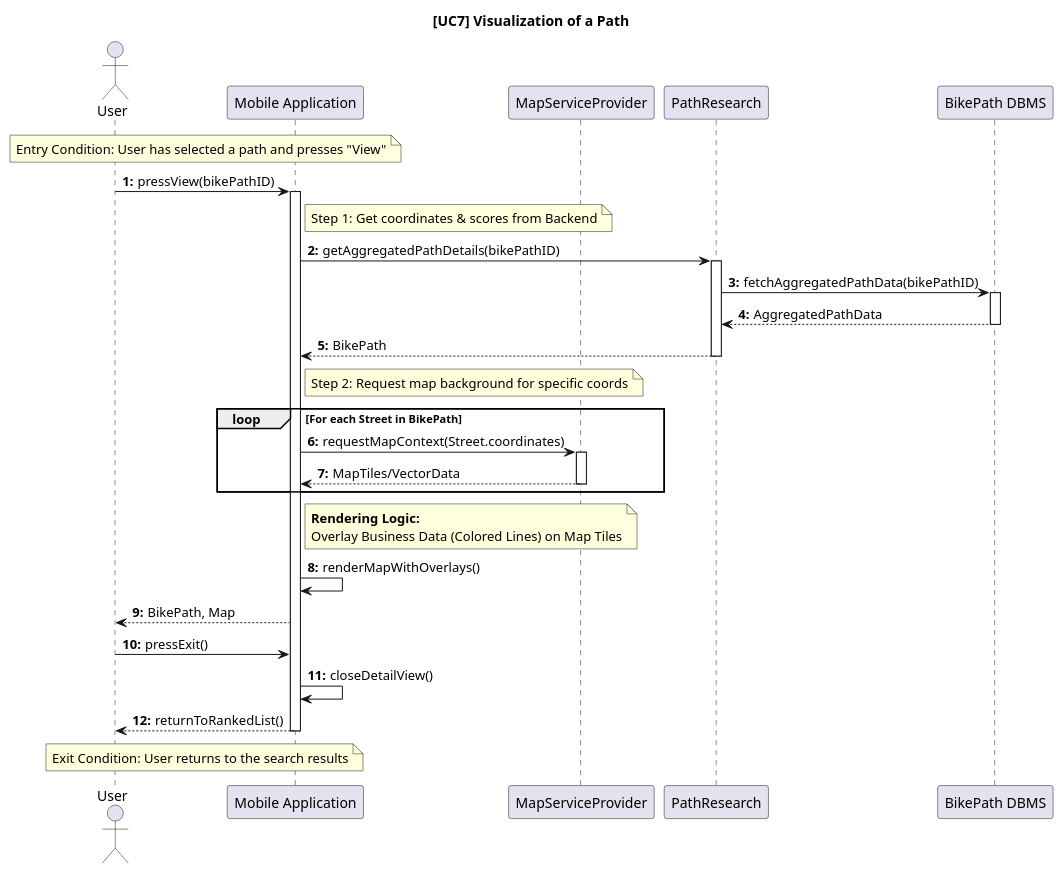
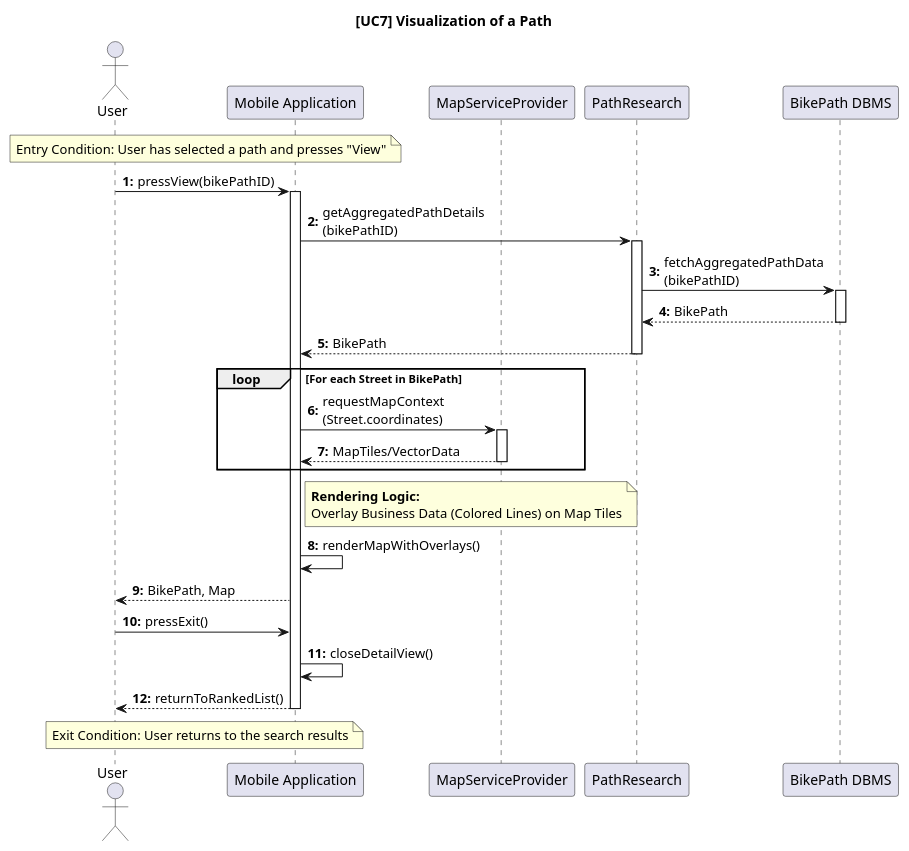
Before and after one commit to ilevinci/RubinoUvinsiVinciguerra: the diagram in DD/sequencediagrams/usecase7.puml, drawn with PlantUML. The commit also changed 5 other files, not shown here.

Commit message:
further refinement of sequence diagrams

```diff
--- a/DD/sequencediagrams/usecase7.puml
+++ b/DD/sequencediagrams/usecase7.puml
@@ -1,74 +1,72 @@
 @startuml UC7_VisualizationPath_Final
 autonumber "<b>0:"
 title [UC7] Visualization of a Path
 
 ' =======================================================
 ' COMPONENT DEFINITION
 ' =======================================================
 actor "User" as User
 participant "Mobile Application" as Client
 
 ' Servizio Esterno (Indispensabile per il rendering grafico)
 participant "MapServiceProvider" as Map
 
 ' Backend System
 participant "PathResearch" as PR
 participant "BikePath DBMS" as DB
 
 ' =======================================================
 ' ENTRY CONDITION
 ' =======================================================
 note over User, Client: Entry Condition: User has selected a path and presses "View"
 
 ' =======================================================
 ' (a) FETCH DATA & MAP CONTEXT
 ' =======================================================
 User -> Client: pressView(bikePathID)
 activate Client
 
 ' 1. Recupero Dati del Percorso (Logica di Business)
-note right of Client: Step 1: Get coordinates & scores from Backend
-Client -> PR: getAggregatedPathDetails(bikePathID)
+Client -> PR: getAggregatedPathDetails\n(bikePathID)
 activate PR
 
 ' Query al DBMS
-PR -> DB: fetchAggregatedPathData(bikePathID)
+PR -> DB: fetchAggregatedPathData\n(bikePathID)
 activate DB
-DB --> PR: AggregatedPathData
+DB --> PR: BikePath
 deactivate DB
 
 ' Ritorno dati al Client
 PR --> Client: BikePath
 deactivate PR
 
 ' 2. Recupero Mappa dal Service Provider
-note right of Client: Step 2: Request map background for specific coords
 loop For each Street in BikePath
 
-    Client -> Map: requestMapContext(Street.coordinates)
+    Client -> Map: requestMapContext\n(Street.coordinates)
     activate Map
     Map --> Client: MapTiles/VectorData
     deactivate Map
 end
 
 ' =======================================================
 ' RENDERING LATO CLIENT
 ' =======================================================
 note right of Client: **Rendering Logic:**\nOverlay Business Data (Colored Lines) on Map Tiles
 
 
 Client -> Client: renderMapWithOverlays()
 Client --> User: BikePath, Map
 
 ' =======================================================
 ' EXIT CONDITION
 ' =======================================================
 User -> Client: pressExit()
 
 Client -> Client: closeDetailView()
 Client --> User: returnToRankedList()
 
 note over User, Client: Exit Condition: User returns to the search results
 
 deactivate Client
 @enduml
```
